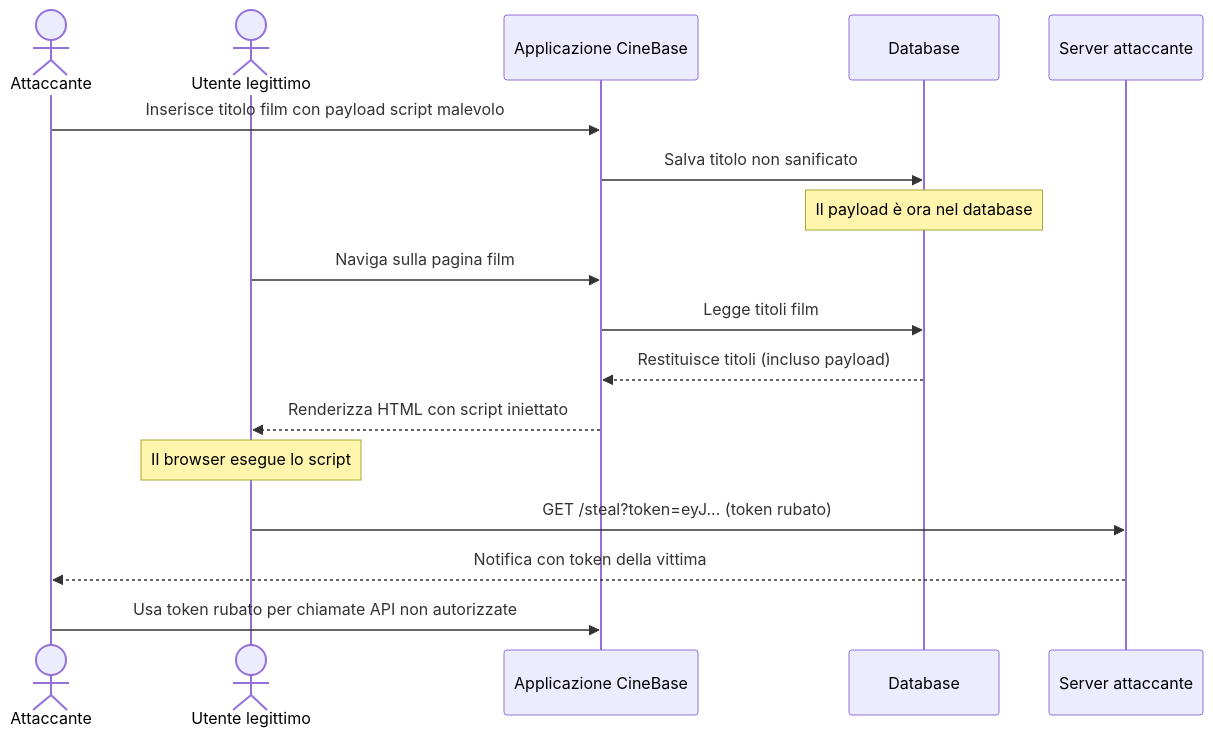
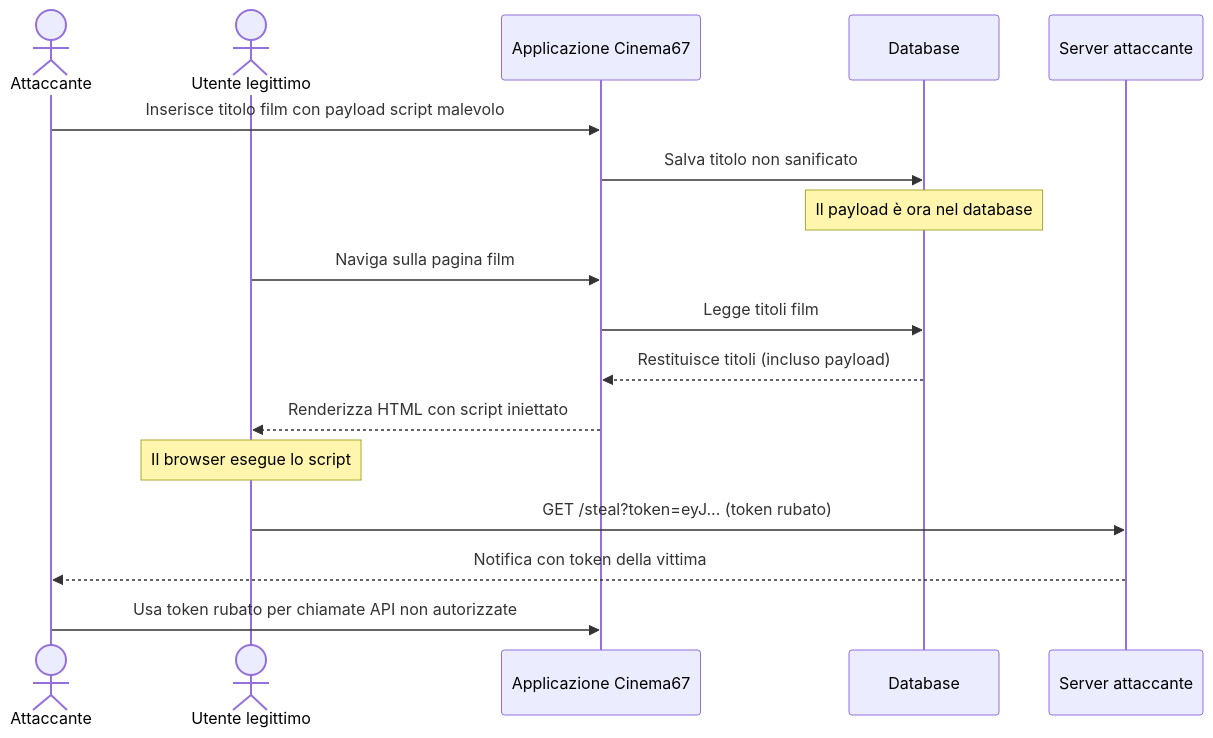
One commit to GioeleUselli/Cinema67 changed diagram 12 of 18 in docs/tutorials/TUTORIAL_AUTENTICAZIONE_WEB.md. Above: the diagram before and after it, drawn with Mermaid. The commit also changed other lines of this file and 123 other files, not shown here.

````diff
--- a/docs/tutorials/TUTORIAL_AUTENTICAZIONE_WEB.md
+++ b/docs/tutorials/TUTORIAL_AUTENTICAZIONE_WEB.md
@@ -892,21 +892,21 @@
 ```mermaid
 sequenceDiagram
     actor ATT as Attaccante
     actor USR as Utente legittimo
-    participant APP as Applicazione CineBase
+    participant APP as Applicazione Cinema67
     participant DB as Database
     participant SRV as Server attaccante
 
     ATT->>APP: Inserisce titolo film con payload script malevolo
     APP->>DB: Salva titolo non sanificato
     note over DB: Il payload è ora nel database
 
     USR->>APP: Naviga sulla pagina film
     APP->>DB: Legge titoli film
     DB-->>APP: Restituisce titoli (incluso payload)
     APP-->>USR: Renderizza HTML con script iniettato
     note over USR: Il browser esegue lo script
     USR->>SRV: GET /steal?token=eyJ... (token rubato)
     SRV-->>ATT: Notifica con token della vittima
     ATT->>APP: Usa token rubato per chiamate API non autorizzate
 ```
````
